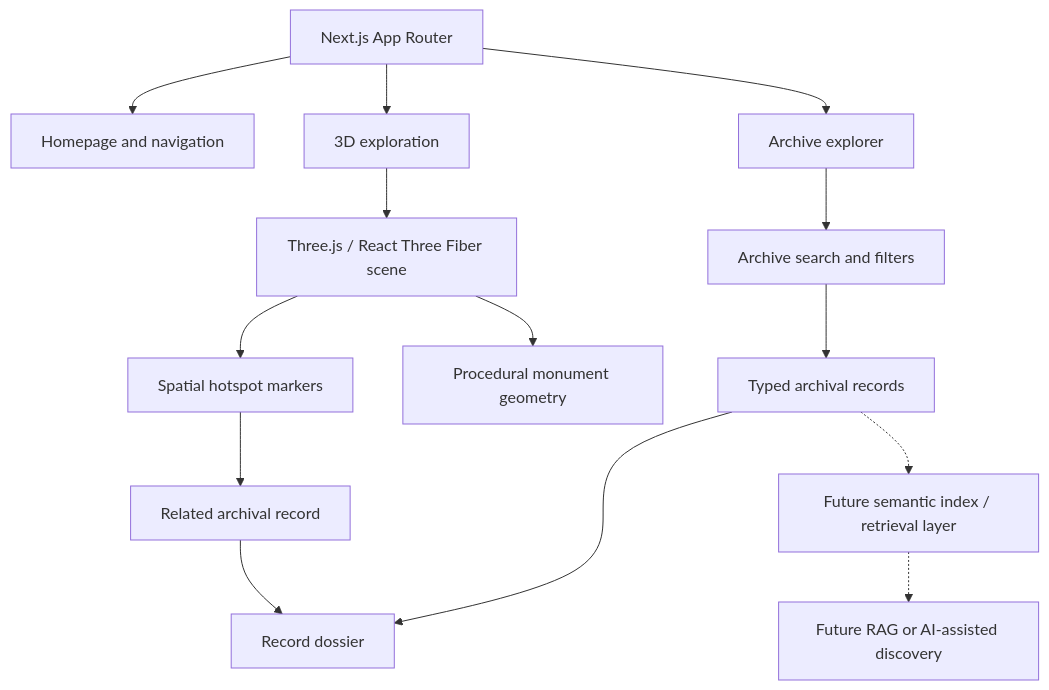
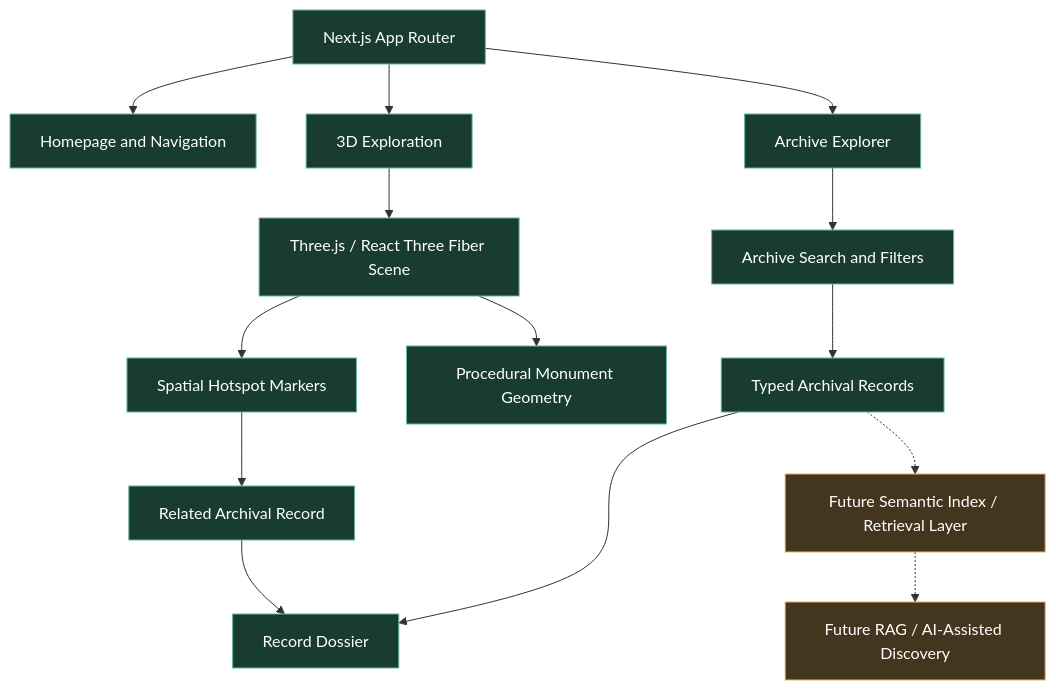
One commit to shreyamcoder-vibe/ATEET changed the first of 2 diagrams in README.md. Above: the diagram before and after it, drawn with Mermaid. The commit also changed other lines of this file, not shown here.

````diff
--- a/README.md
+++ b/README.md
@@ -122,16 +129,26 @@
-``` mermaid
+```mermaid
 flowchart TD
-    A["Next.js App Router"] --> B["Homepage and navigation"]
-    A --> C["Archive explorer"]
-    A --> D["3D exploration"]
-    C --> E["Archive search and filters"]
-    E --> F["Typed archival records"]
-    D --> G["Three.js / React Three Fiber scene"]
-    G --> H["Procedural monument geometry"]
-    G --> I["Spatial hotspot markers"]
-    I --> J["Related archival record"]
-    J --> K["Record dossier"]
+    A["Next.js App Router"] --> B["Homepage and Navigation"]
+    A --> C["Archive Explorer"]
+    A --> D["3D Exploration"]
+
+    C --> E["Archive Search and Filters"]
+    E --> F["Typed Archival Records"]
+
+    D --> G["Three.js / React Three Fiber Scene"]
+    G --> H["Procedural Monument Geometry"]
+    G --> I["Spatial Hotspot Markers"]
+
+    I --> J["Related Archival Record"]
+    J --> K["Record Dossier"]
     F --> K
-    F -.-> L["Future semantic index / retrieval layer"]
-    L -.-> M["Future RAG or AI-assisted discovery"]
+
+    F -.-> L["Future Semantic Index / Retrieval Layer"]
+    L -.-> M["Future RAG / AI-Assisted Discovery"]
+
+    classDef current fill:#183b32,stroke:#68b99b,color:#ffffff
+    classDef future fill:#44351e,stroke:#d9b66c,color:#ffffff,strokeDasharray:5 5
+
+    class A,B,C,D,E,F,G,H,I,J,K current
+    class L,M future
 ```
````
